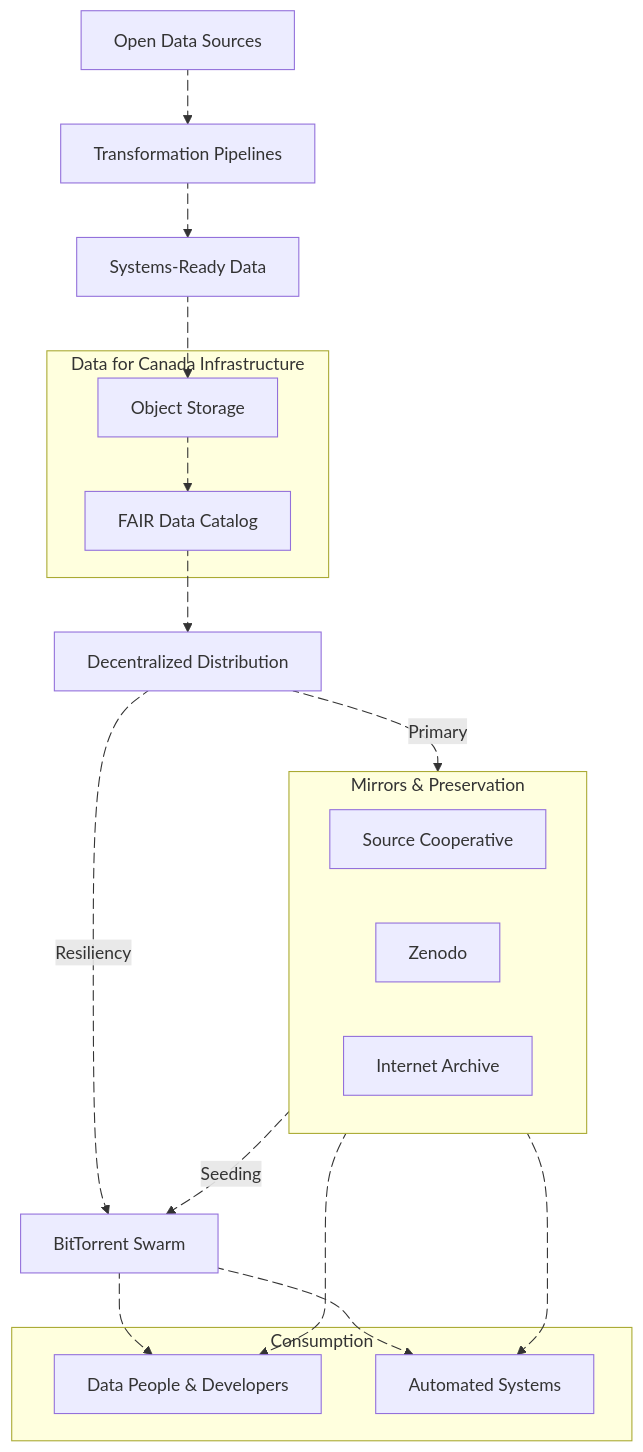
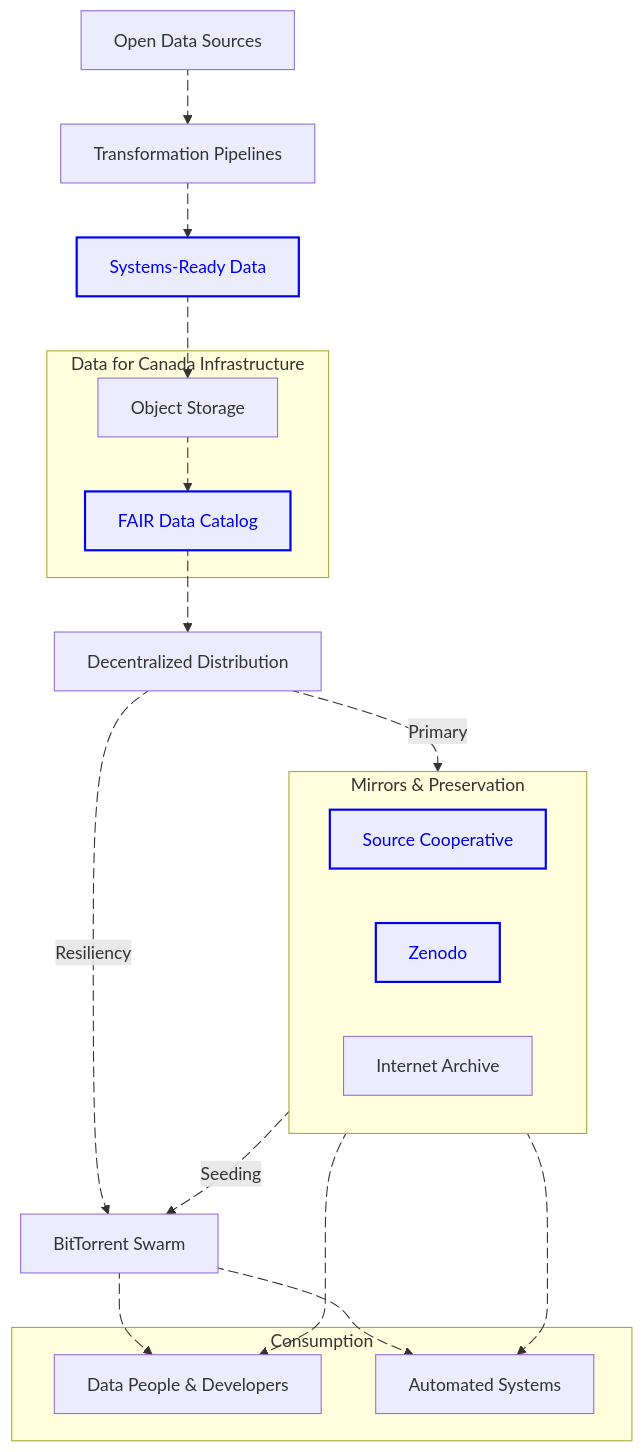
Before and after one commit to dataforcanada/www.dataforcanada.org: the first of 2 diagrams in content/docs/dissemination/_index.md, drawn with Mermaid.

Commit message:
Update data dissemination strategy page

````diff
--- a/content/docs/dissemination/_index.md
+++ b/content/docs/dissemination/_index.md
@@ -14,70 +14,75 @@
 ```mermaid
 flowchart TD
+    classDef linkNode stroke:#0000EE,color:#0000EE,stroke-width:2px;
     subgraph mirrors [Mirrors & Preservation]
         SourceCoop[Source Cooperative]
         Zenodo[Zenodo]
         InternetArchive[Internet Archive]
     end
 
     Sources[Open Data Sources]
     Processes[Transformation Pipelines]
     Artifacts[Systems-Ready Data]
     
     subgraph CoreInfra [Data for Canada Infrastructure]
         Portal[Object Storage]
         Metadata[FAIR Data Catalog]
     end
     
     Distribution[Decentralized Distribution]
     Torrent[BitTorrent Swarm]
     
     subgraph Consumers [Consumption]
         Users[Data People & Developers]
         Systems[Automated Systems]
     end
 
     %% Flow with Animations
     Sources a1@--> Processes
     a1@{animate: true, animation: slow}
     
     Processes a2@--> Artifacts
     a2@{animate: true, animation: slow}
     
     Artifacts a3@--> Portal
     a3@{animate: true, animation: slow}
     
     Portal a4@--> Metadata
     a4@{animate: true, animation: fast}
     
     Metadata a5@--> Distribution
     a5@{animate: true, animation: fast}
 
     %% Distribution Logic
     Distribution a7@-.->|Primary| mirrors
     a7@{animate: true, animation: slow}
     
     Distribution a8@-.->|Resiliency| Torrent
     a8@{animate: true, animation: slow}
 
     %% Mirror Connections
     mirrors a12@--> Users
     a12@{animate: true, animation: slow}
     
     mirrors a13@--> Systems
     a13@{animate: true, animation: slow}
     
     mirrors a9@-.->|Seeding| Torrent
     a9@{animate: true, animation: fast}
 
     %% Torrent Connections
     Torrent a10@--> Users
     a10@{animate: true, animation: fast}
     
     Torrent a11@--> Systems
     a11@{animate: true, animation: fast}
 
     %% Click Actions
+    click Artifacts "/docs/processes/" _blank
     click Metadata "https://stac-utils.github.io/stac-geoparquet/latest/spec/stac-geoparquet-spec/" _blank
     click Zenodo "https://zenodo.org/communities/dataforcanada/" _blank
     click SourceCoop "https://source.coop/dataforcanada/" _blank
+
+    %% APPLY STYLES TO LINKED NODES
+    class Artifacts,Metadata,Zenodo,SourceCoop linkNode
 ```
````
